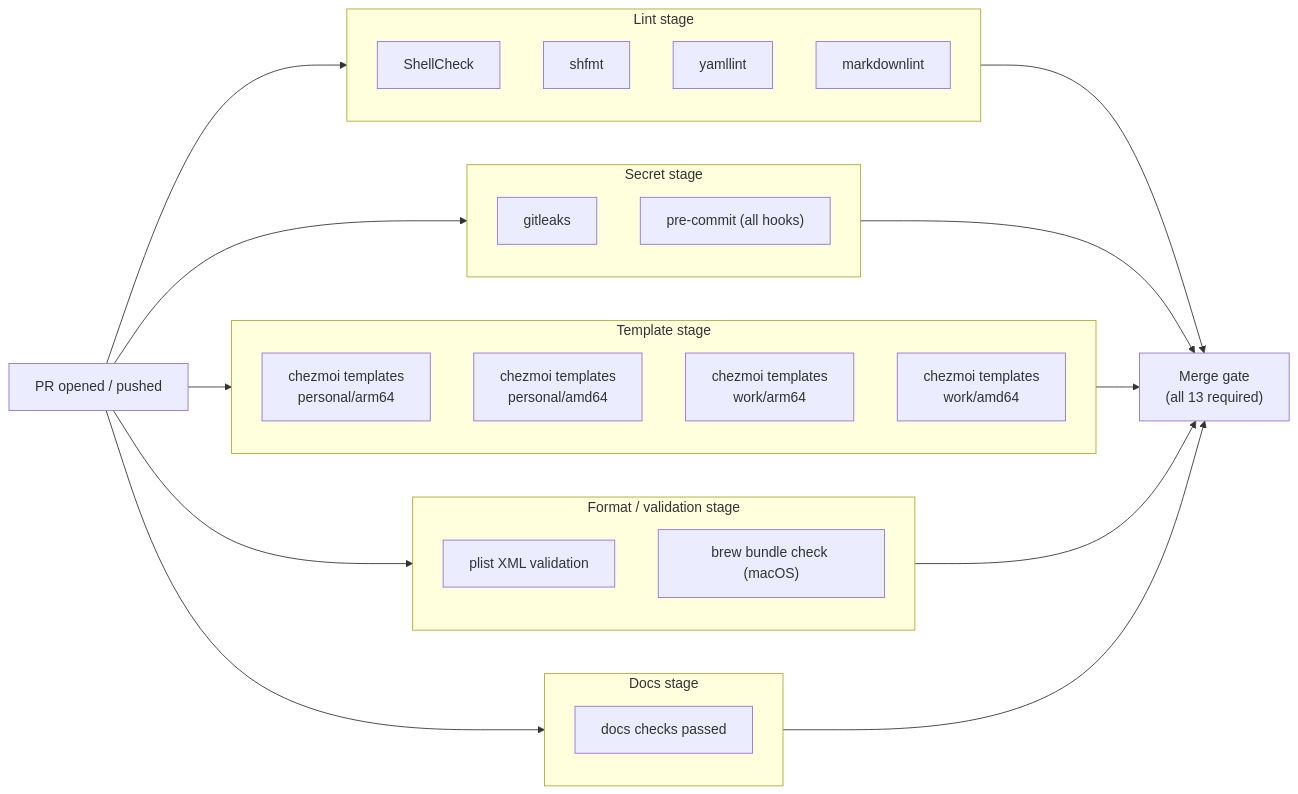
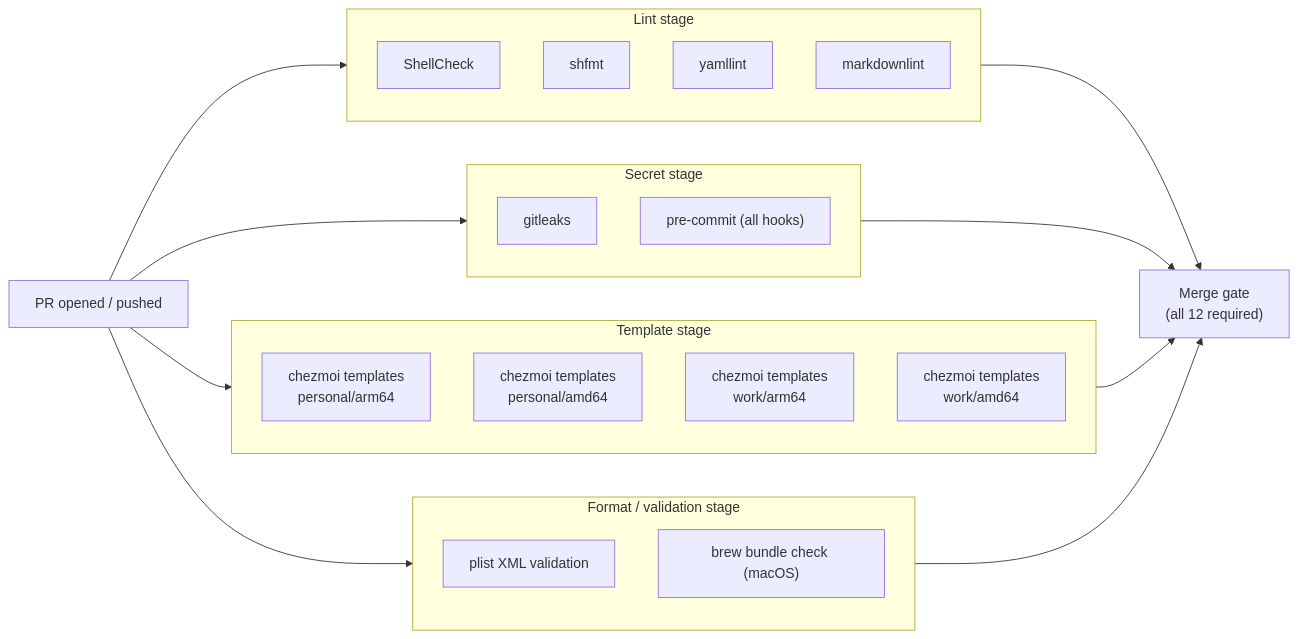
Before and after one commit to edjchapman/Dotfiles: the diagram in docs/runbooks/branch-protection.md, drawn with Mermaid. The commit also changed other lines of this file and 10 other files, not shown here.

First line of the commit message:
docs: fix drift (make ci description, 12 required checks, chezmoiignore model) (#123)

````diff
--- a/docs/runbooks/branch-protection.md
+++ b/docs/runbooks/branch-protection.md
@@ -24,45 +24,39 @@
 ```mermaid
 flowchart LR
     PR["PR opened / pushed"]
 
     subgraph LINT["Lint stage"]
         SC["ShellCheck"]
         SF["shfmt"]
         YL["yamllint"]
         ML["markdownlint"]
     end
 
     subgraph SECRET["Secret stage"]
         GL["gitleaks"]
         PC["pre-commit (all hooks)"]
     end
 
     subgraph TMPL["Template stage"]
         T1["chezmoi templates<br/>personal/arm64"]
         T2["chezmoi templates<br/>personal/amd64"]
         T3["chezmoi templates<br/>work/arm64"]
         T4["chezmoi templates<br/>work/amd64"]
     end
 
     subgraph FMT["Format / validation stage"]
         PL["plist XML validation"]
         BB["brew bundle check (macOS)"]
     end
 
-    subgraph DOCS["Docs stage"]
-        DC["docs checks passed"]
-    end
-
-    GATE["Merge gate<br/>(all 13 required)"]
+    GATE["Merge gate<br/>(all 12 required)"]
 
     PR --> LINT
     PR --> SECRET
     PR --> TMPL
     PR --> FMT
-    PR --> DOCS
     LINT --> GATE
     SECRET --> GATE
     TMPL --> GATE
     FMT --> GATE
-    DOCS --> GATE
 ```
````
